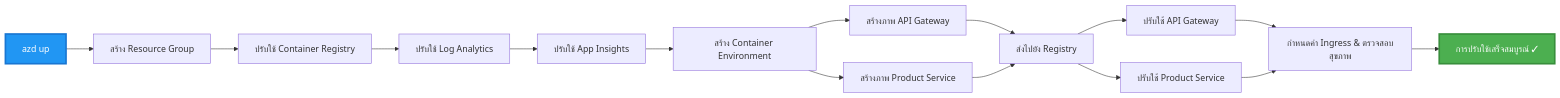
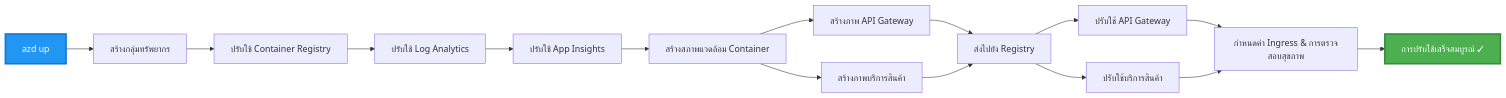
The third of 4 diagrams in translations/th/examples/microservices/README.md (microsoft/AZD-for-beginners), drawn with Mermaid before and after one commit. The commit also changed other lines of this file and 242 other files, not shown here.

````diff
--- a/translations/th/examples/microservices/README.md
+++ b/translations/th/examples/microservices/README.md
@@ -242,20 +233,20 @@
 ```mermaid
 graph LR
-    A[azd up] --> B[สร้าง Resource Group]
+    A[azd up] --> B[สร้างกลุ่มทรัพยากร]
     B --> C[ปรับใช้ Container Registry]
     C --> D[ปรับใช้ Log Analytics]
     D --> E[ปรับใช้ App Insights]
-    E --> F[สร้าง Container Environment]
+    E --> F[สร้างสภาพแวดล้อม Container]
     F --> G[สร้างภาพ API Gateway]
-    F --> H[สร้างภาพ Product Service]
+    F --> H[สร้างภาพบริการสินค้า]
     G --> I[ส่งไปยัง Registry]
     H --> I
     I --> J[ปรับใช้ API Gateway]
-    I --> K[ปรับใช้ Product Service]
-    J --> L[กำหนดค่า Ingress & ตรวจสอบสุขภาพ]
+    I --> K[ปรับใช้บริการสินค้า]
+    J --> L[กำหนดค่า Ingress & การตรวจสอบสุขภาพ]
     K --> L
     L --> M[การปรับใช้เสร็จสมบูรณ์ ✓]
     
     style A fill:#2196F3,stroke:#1976D2,stroke-width:3px,color:#fff
     style M fill:#4CAF50,stroke:#388E3C,stroke-width:3px,color:#fff
 ```
````
